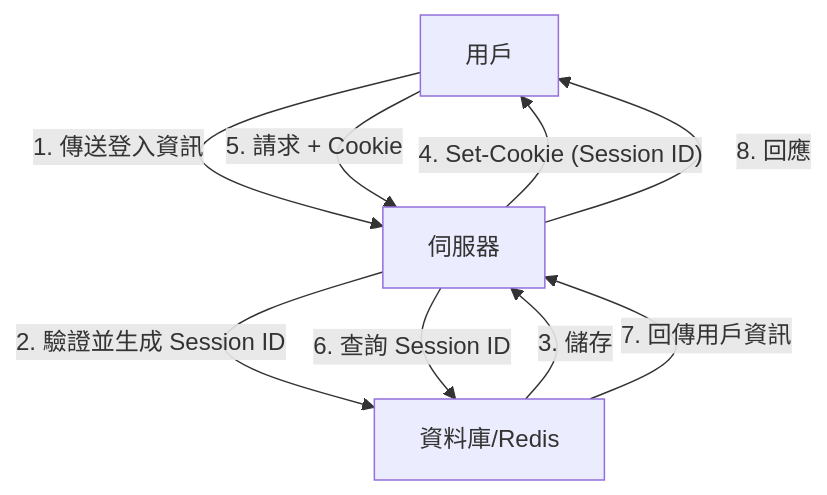
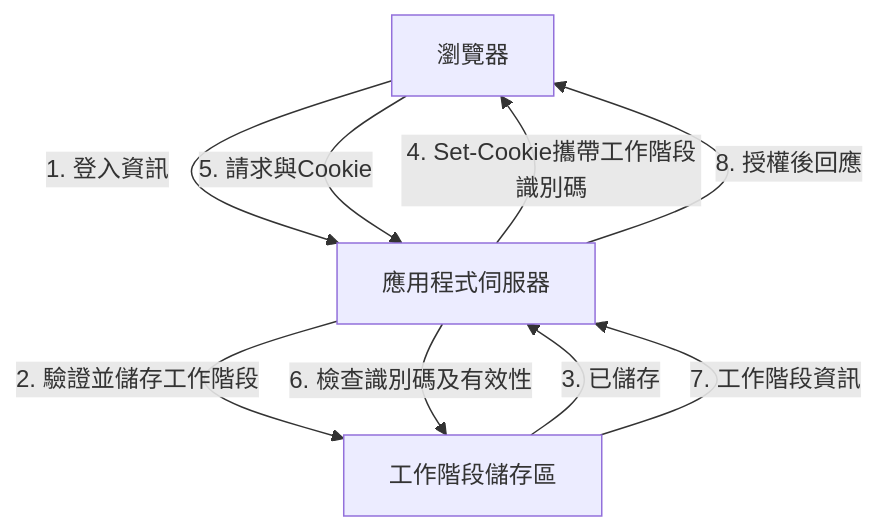
Before and after one commit to kenjinote/blog: the first of 3 diagrams in content/post/jwt-json-web-token-security-risks/index.zh-tw.md, drawn with Mermaid. The commit also changed other lines of this file and 5 other files, not shown here.

Commit message:
Proofread both Chinese JWT articles and inspect translated security diagrams

````diff
--- a/content/post/jwt-json-web-token-security-risks/index.zh-tw.md
+++ b/content/post/jwt-json-web-token-security-risks/index.zh-tw.md
@@ -19,11 +20,11 @@
 ```mermaid
 graph TD
-    A["用戶"] -- "1. 傳送登入資訊" --> B["伺服器"]
-    B -- "2. 驗證並生成 Session ID" --> C["資料庫/Redis"]
-    C -- "3. 儲存" --> B
-    B -- "4. Set-Cookie (Session ID)" --> A
-    A -- "5. 請求 + Cookie" --> B
-    B -- "6. 查詢 Session ID" --> C
-    C -- "7. 回傳用戶資訊" --> B
-    B -- "8. 回應" --> A
+    A["瀏覽器"] -- "1. 登入資訊" --> B["應用程式伺服器"]
+    B -- "2. 驗證並儲存工作階段" --> C["工作階段儲存區"]
+    C -- "3. 已儲存" --> B
+    B -- "4. Set-Cookie攜帶工作階段識別碼" --> A
+    A -- "5. 請求與Cookie" --> B
+    B -- "6. 檢查識別碼及有效性" --> C
+    C -- "7. 工作階段資訊" --> B
+    B -- "8. 授權後回應" --> A
 ```
````
